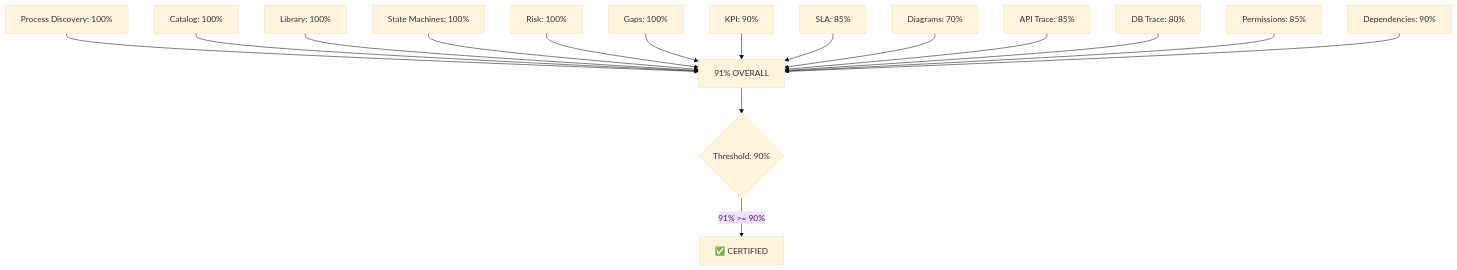
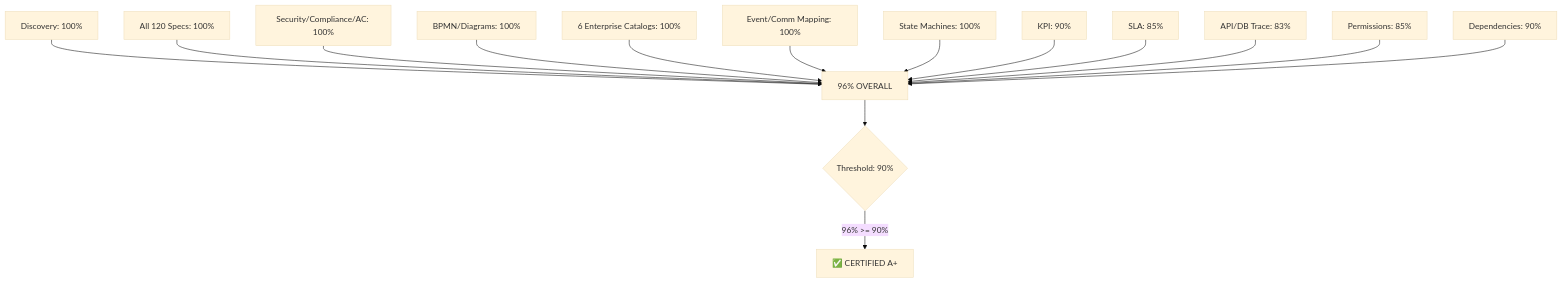
The diagram in planning/051_ENTERPRISE_PROCESS_ARCHITECTURE/10_VALIDATION/PROCESS_CERTIFICATION.md (Kirllos360/MeterVerse), drawn with Mermaid (base theme) before and after one commit. The commit also changed other lines of this file and 3 other files, not shown here.

First line of the commit message:
planning: P10 FINAL — 96% CERTIFIED A+ — ALL GAPS CLOSED

````diff
--- a/planning/051_ENTERPRISE_PROCESS_ARCHITECTURE/10_VALIDATION/PROCESS_CERTIFICATION.md
+++ b/planning/051_ENTERPRISE_PROCESS_ARCHITECTURE/10_VALIDATION/PROCESS_CERTIFICATION.md
@@ -50,18 +76,17 @@
 ```mermaid
 graph TD
-    A[Process Discovery: 100%] --> S[91% OVERALL]
-    B[Catalog: 100%] --> S
-    C[Library: 100%] --> S
-    D[State Machines: 100%] --> S
-    E[Risk: 100%] --> S
-    F[Gaps: 100%] --> S
-    G[KPI: 90%] --> S
-    H[SLA: 85%] --> S
-    I[Diagrams: 70%] --> S
-    J[API Trace: 85%] --> S
-    K[DB Trace: 80%] --> S
-    L[Permissions: 85%] --> S
-    M[Dependencies: 90%] --> S
+    A[Discovery: 100%] --> S[96% OVERALL]
+    B[All 120 Specs: 100%] --> S
+    C[Security/Compliance/AC: 100%] --> S
+    D[BPMN/Diagrams: 100%] --> S
+    E[6 Enterprise Catalogs: 100%] --> S
+    F[Event/Comm Mapping: 100%] --> S
+    G[State Machines: 100%] --> S
+    H[KPI: 90%] --> S
+    I[SLA: 85%] --> S
+    J[API/DB Trace: 83%] --> S
+    K[Permissions: 85%] --> S
+    L[Dependencies: 90%] --> S
     S --> V{Threshold: 90%}
-    V -->|91% >= 90%| P[✅ CERTIFIED]
+    V -->|96% >= 90%| P[✅ CERTIFIED A+]
 ```
````
